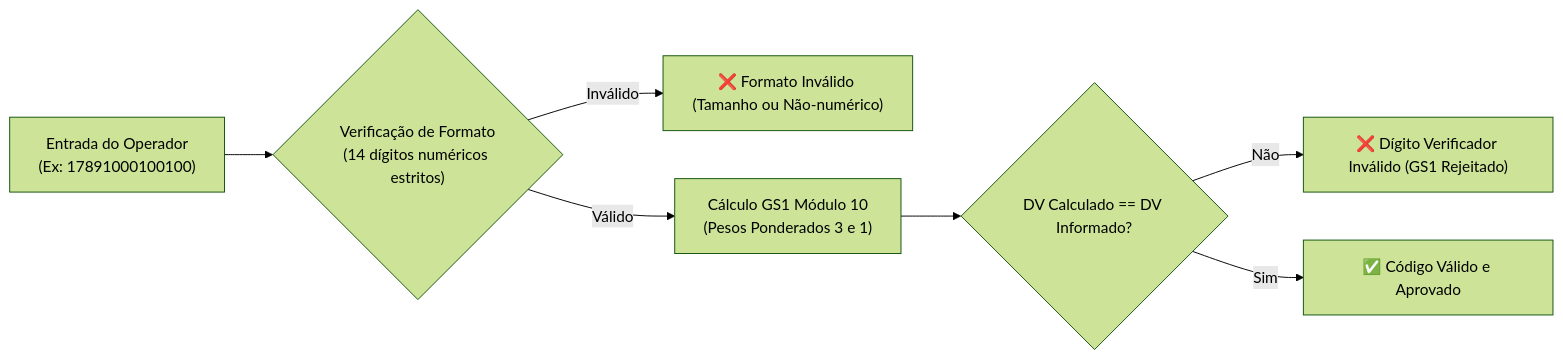
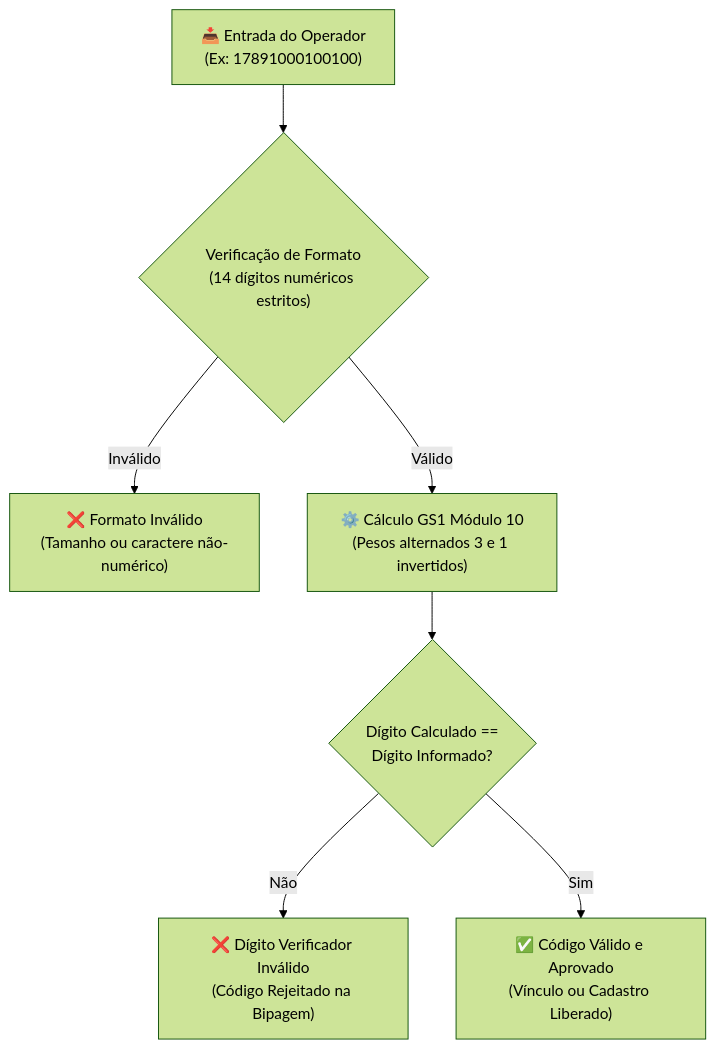
One commit to NaejBarbosa/paletscan-etl changed the second of 2 diagrams in docs/pwa-filiais-catalogo.md. Above: the diagram before and after it, drawn with Mermaid (forest theme). The commit also changed other lines of this file and 28 other files, not shown here.

Commit message:
docs: atualiza documentacao mkdocs com pontos criticos e diagramas verticalizados mobile

````diff
--- a/docs/pwa-filiais-catalogo.md
+++ b/docs/pwa-filiais-catalogo.md
@@ -87,9 +71,10 @@
 ```mermaid
-flowchart LR
-    INPUT["Entrada do Operador\n(Ex: 17891000100100)"] --> VAL{"Verificação de Formato\n(14 dígitos numéricos estritos)"}
-    VAL -->|Inválido| ERR1["❌ Formato Inválido (Tamanho ou Não-numérico)"]
-    VAL -->|Válido| MOD10["Cálculo GS1 Módulo 10\n(Pesos Ponderados 3 e 1)"]
-    MOD10 --> COMP{"DV Calculado == DV Informado?"}
-    COMP -->|Não| ERR2["❌ Dígito Verificador Inválido (GS1 Rejeitado)"]
-    COMP -->|Sim| OK["✅ Código Válido e Aprovado"]
+flowchart TD
+    INPUT["📥 Entrada do Operador\n(Ex: 17891000100100)"]
+    INPUT --> VAL{"Verificação de Formato\n(14 dígitos numéricos estritos)"}
+    VAL -->|Inválido| ERR1["❌ Formato Inválido\n(Tamanho ou caractere não-numérico)"]
+    VAL -->|Válido| MOD10["⚙️ Cálculo GS1 Módulo 10\n(Pesos alternados 3 e 1 invertidos)"]
+    MOD10 --> COMP{"Dígito Calculado ==\nDígito Informado?"}
+    COMP -->|Não| ERR2["❌ Dígito Verificador Inválido\n(Código Rejeitado na Bipagem)"]
+    COMP -->|Sim| OK["✅ Código Válido e Aprovado\n(Vínculo ou Cadastro Liberado)"]
 ```
````
